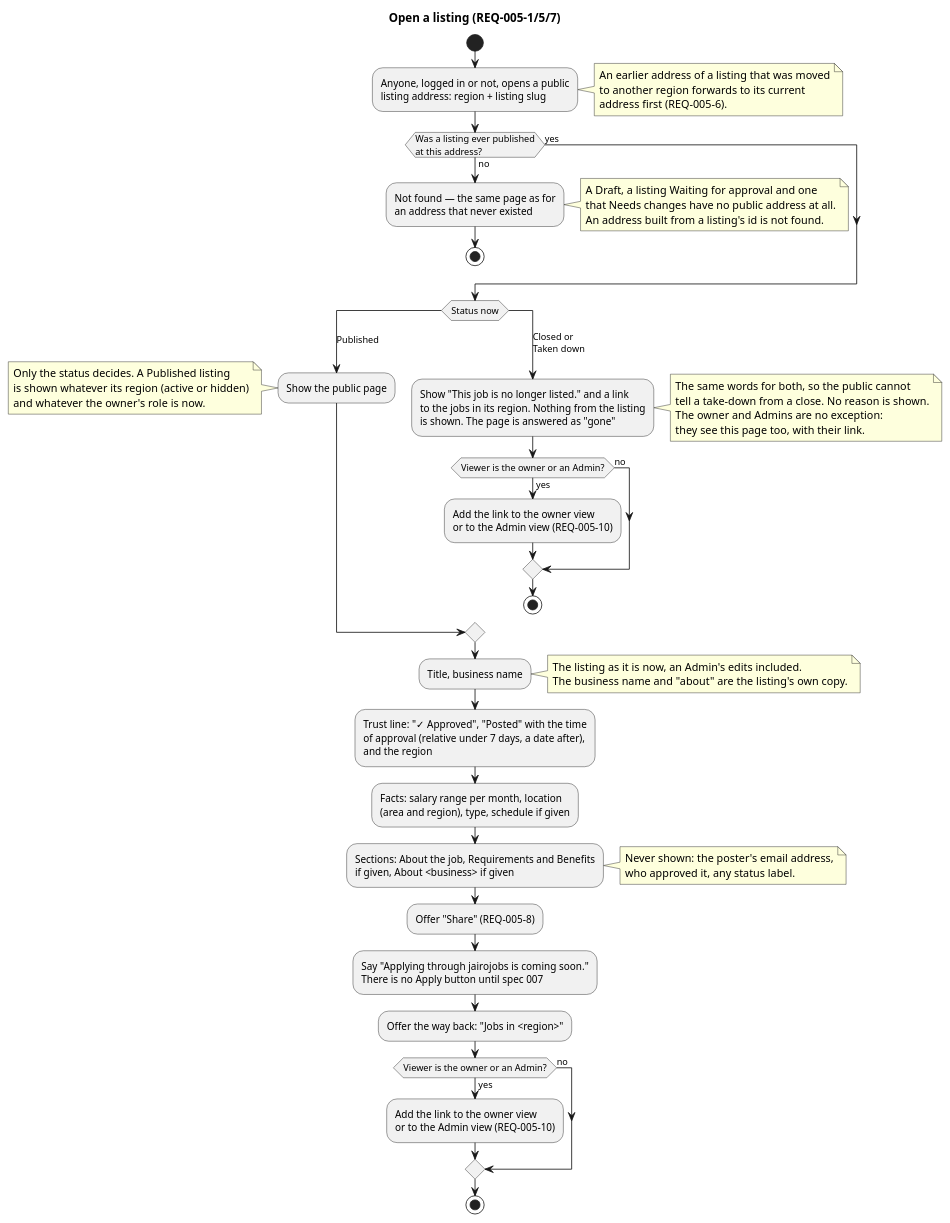
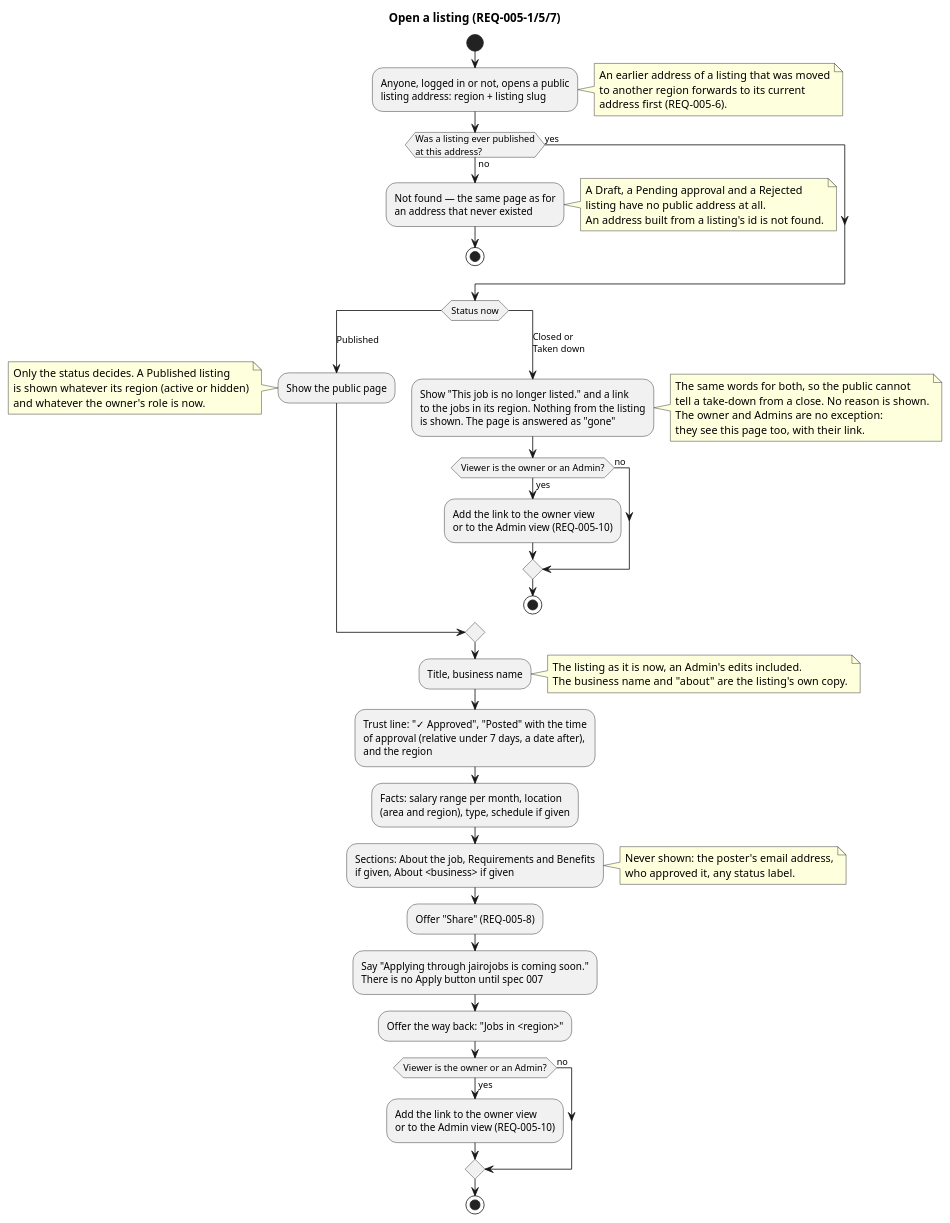
The diagram in docs/specs/005-public-browse-search/diagrams/activity-open-a-listing.puml (raseniero/jairojobs-elixir), drawn with PlantUML before and after one commit. The commit also changed 8 other files, not shown here.

Commit message:
docs(spec 005): one word per status; Published, Pending approval and Rejected, not the old screen labels

```diff
--- a/docs/specs/005-public-browse-search/diagrams/activity-open-a-listing.puml
+++ b/docs/specs/005-public-browse-search/diagrams/activity-open-a-listing.puml
@@ -1,75 +1,75 @@
 @startuml activity-open-a-listing
 ' Spec 005 — what is public, the listing's public page, and a listing that is no longer listed (REQ-005-1, -5, -7)
 title Open a listing (REQ-005-1/5/7)
 
 start
 :Anyone, logged in or not, opens a public
 listing address: region + listing slug;
 note right
   An earlier address of a listing that was moved
   to another region forwards to its current
   address first (REQ-005-6).
 end note
 if (Was a listing ever published\nat this address?) then (no)
   :Not found — the same page as for
   an address that never existed;
   note right
-    A Draft, a listing Waiting for approval and one
-    that Needs changes have no public address at all.
+    A Draft, a Pending approval and a Rejected
+    listing have no public address at all.
     An address built from a listing's id is not found.
   end note
   stop
 else (yes)
 endif
 switch (Status now)
 case (Published)
   :Show the public page;
   note left
     Only the status decides. A Published listing
     is shown whatever its region (active or hidden)
     and whatever the owner's role is now.
   end note
 case (Closed or\nTaken down)
   :Show "This job is no longer listed." and a link
   to the jobs in its region. Nothing from the listing
   is shown. The page is answered as "gone";
   note right
     The same words for both, so the public cannot
     tell a take-down from a close. No reason is shown.
     The owner and Admins are no exception:
     they see this page too, with their link.
   end note
   if (Viewer is the owner or an Admin?) then (yes)
     :Add the link to the owner view
     or to the Admin view (REQ-005-10);
   else (no)
   endif
   stop
 endswitch
 :Title, business name;
 note right
   The listing as it is now, an Admin's edits included.
   The business name and "about" are the listing's own copy.
 end note
 :Trust line: "✓ Approved", "Posted" with the time
 of approval (relative under 7 days, a date after),
 and the region;
 :Facts: salary range per month, location
 (area and region), type, schedule if given;
 :Sections: About the job, Requirements and Benefits
 if given, About <business> if given;
 note right
   Never shown: the poster's email address,
   who approved it, any status label.
 end note
 :Offer "Share" (REQ-005-8);
 :Say "Applying through jairojobs is coming soon."
 There is no Apply button until spec 007;
 :Offer the way back: "Jobs in <region>";
 if (Viewer is the owner or an Admin?) then (yes)
   :Add the link to the owner view
   or to the Admin view (REQ-005-10);
 else (no)
 endif
 stop
 @enduml
```
